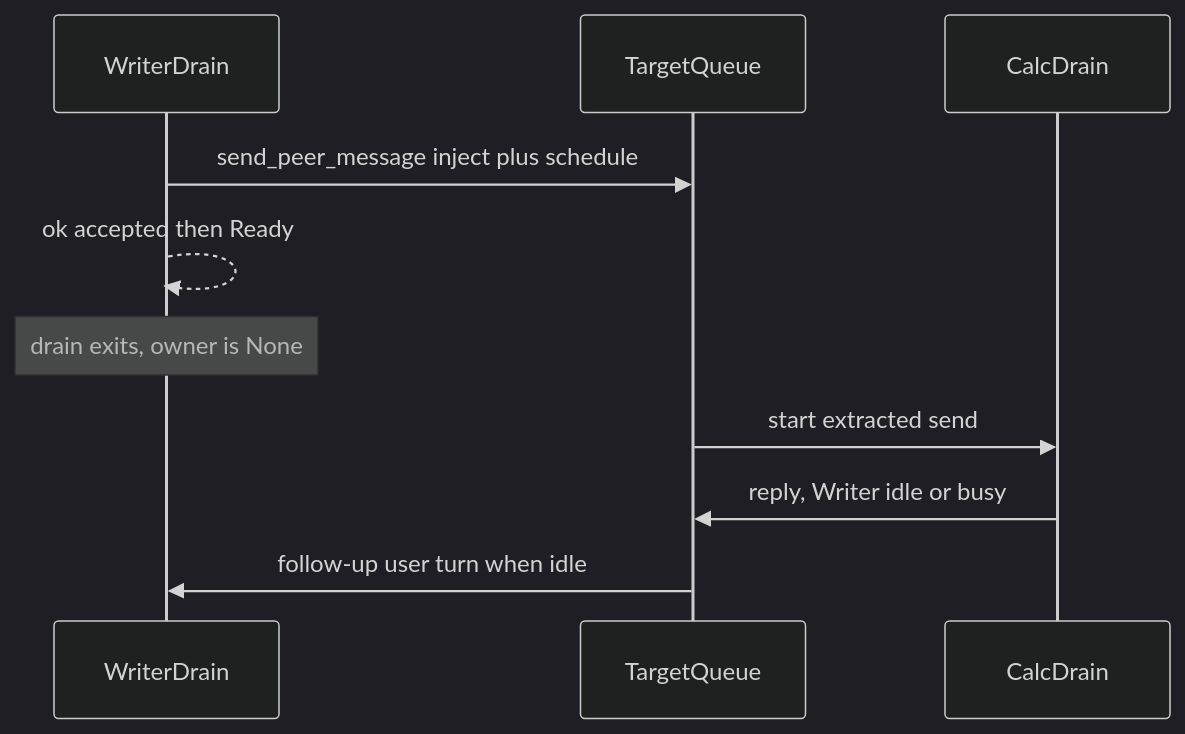
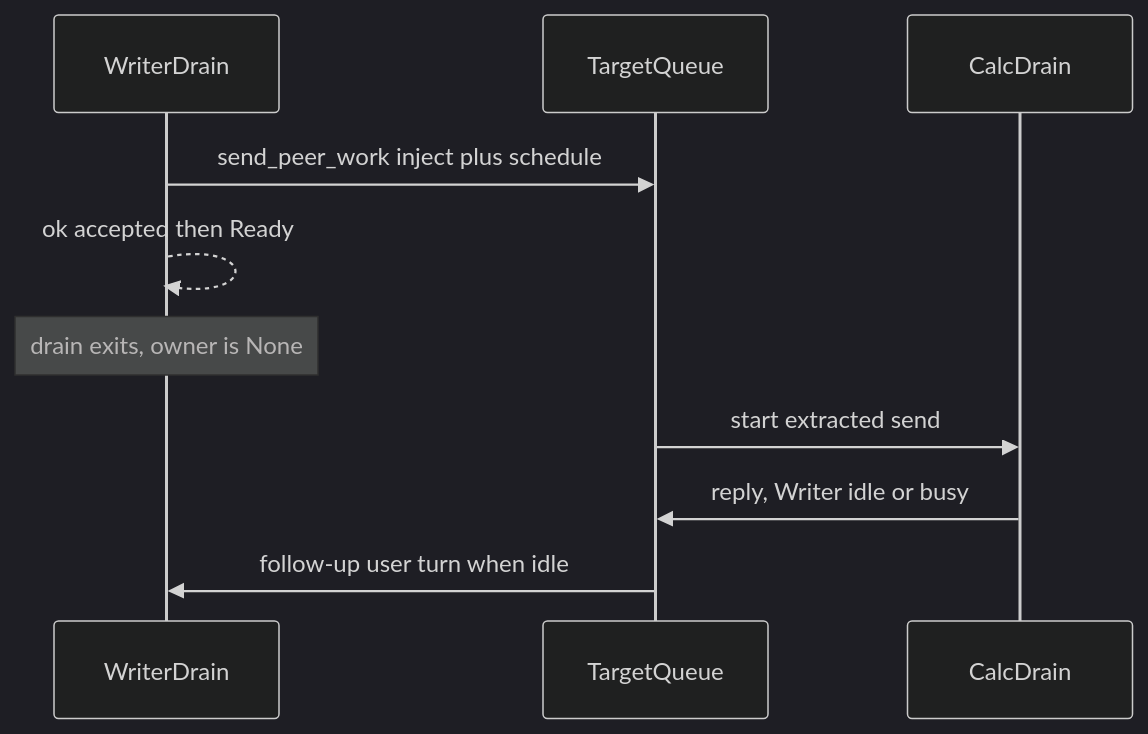
Before and after one commit to Augusto-Zolet/writeragent: the first of 2 diagrams in docs/chat/peer-messaging.md, drawn with Mermaid (dark theme). The commit also changed other lines of this file and 41 other files, not shown here.

First line of the commit message:
fix(peer): require outer re-delegate after work peer envelopes (#814)

````diff
--- a/docs/chat/peer-messaging.md
+++ b/docs/chat/peer-messaging.md
@@ -38,12 +38,12 @@
 ```mermaid
 sequenceDiagram
   participant W as WriterDrain
   participant Q as TargetQueue
   participant C as CalcDrain
-  W->>Q: send_peer_message inject plus schedule
+  W->>Q: send_peer_work inject plus schedule
   W-->>W: ok accepted then Ready
   Note over W: drain exits, owner is None
   Q->>C: start extracted send
   C->>Q: reply, Writer idle or busy
   Q->>W: follow-up user turn when idle
 ```
````
